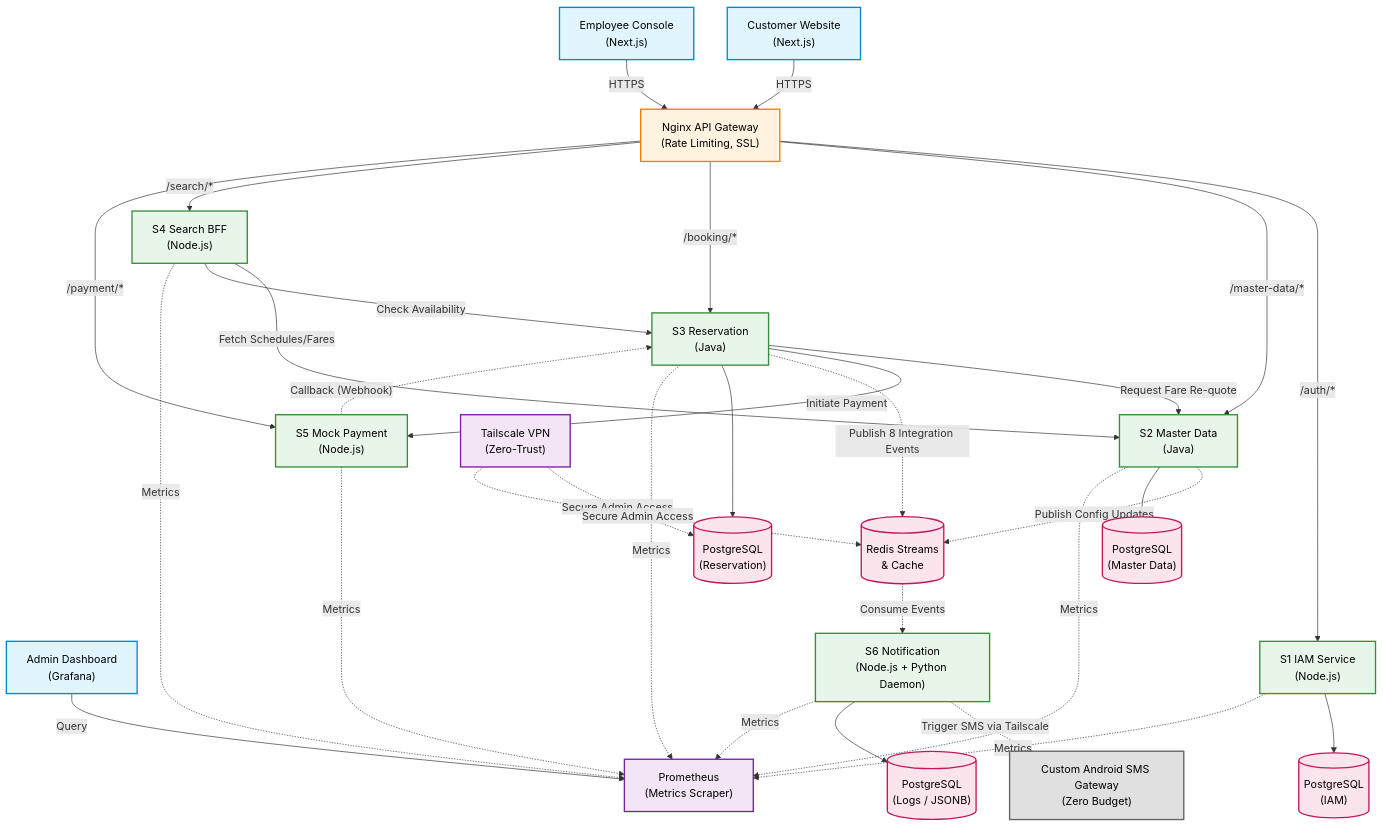
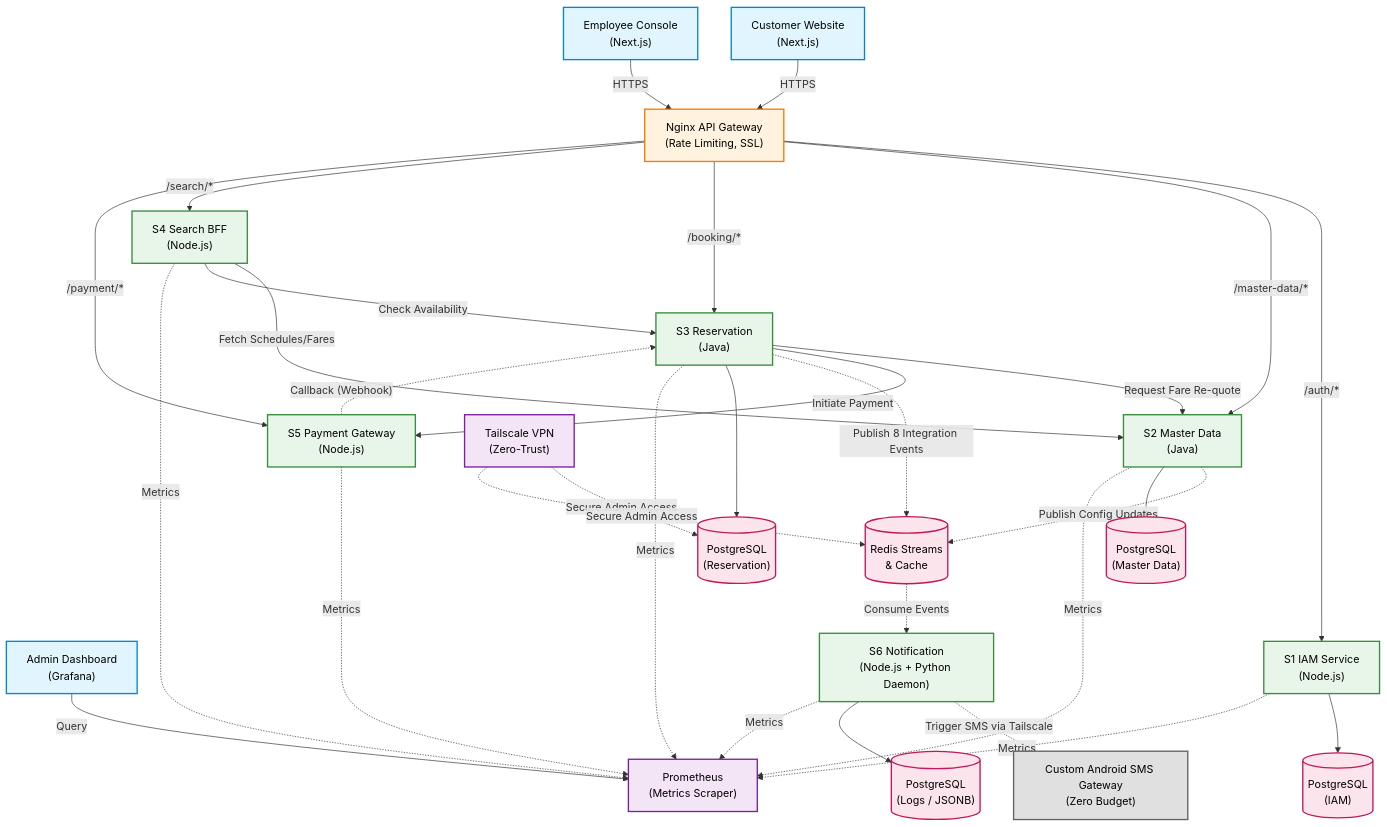
The diagram in docs/phase-1-foundation/wave-2-architecture/SRIS-P1-ARCH-008_TechnologyStackADR.md (koushaljhacs/sris), drawn with Mermaid before and after one commit. The commit also changed other lines of this file, not shown here.

````diff
--- a/docs/phase-1-foundation/wave-2-architecture/SRIS-P1-ARCH-008_TechnologyStackADR.md
+++ b/docs/phase-1-foundation/wave-2-architecture/SRIS-P1-ARCH-008_TechnologyStackADR.md
@@ -226,55 +226,55 @@
 ```mermaid
 flowchart TD
     %% Styling for high visibility on dark/light screens
     classDef client fill:#e1f5fe,stroke:#0288d1,stroke-width:2px,color:#000;
     classDef gateway fill:#fff3e0,stroke:#f57c00,stroke-width:2px,color:#000;
     classDef backend fill:#e8f5e9,stroke:#388e3c,stroke-width:2px,color:#000;
     classDef database fill:#fce4ec,stroke:#c2185b,stroke-width:2px,color:#000;
     classDef infra fill:#f3e5f5,stroke:#7b1fa2,stroke-width:2px,color:#000;
     classDef external fill:#e0e0e0,stroke:#616161,stroke-width:2px,color:#000;
 
     %% Clients
     Customer["Customer Website<br/>(Next.js)"]:::client --> |HTTPS| Nginx["Nginx API Gateway<br/>(Rate Limiting, SSL)"]:::gateway
     Employee["Employee Console<br/>(Next.js)"]:::client --> |HTTPS| Nginx
     Admin["Admin Dashboard<br/>(Grafana)"]:::client --> |Query| Prometheus["Prometheus<br/>(Metrics Scraper)"]:::infra
 
     %% Gateway to Services
     Nginx --> |"/auth/*"| S1["S1 IAM Service<br/>(Node.js)"]:::backend
     Nginx --> |"/master-data/*"| S2["S2 Master Data<br/>(Java)"]:::backend
     Nginx --> |"/booking/*"| S3["S3 Reservation<br/>(Java)"]:::backend
     Nginx --> |"/search/*"| S4["S4 Search BFF<br/>(Node.js)"]:::backend
-    Nginx --> |"/payment/*"| S5["S5 Mock Payment<br/>(Node.js)"]:::backend
+    Nginx --> |"/payment/*"| S5["S5 Payment Gateway<br/>(Node.js)"]:::backend
 
     %% Synchronous Service-to-Service Communication
     S4 --> |"Fetch Schedules/Fares"| S2
     S4 --> |"Check Availability"| S3
     S3 --> |"Request Fare Re-quote"| S2
     S3 --> |"Initiate Payment"| S5
     S5 -.-> |"Callback (Webhook)"| S3
 
     %% Asynchronous Events (Redis Streams)
     S3 -.-> |"Publish 8 Integration Events"| Redis[("Redis Streams<br/>& Cache")]:::database
     S2 -.-> |"Publish Config Updates"| Redis
     Redis -.-> |"Consume Events"| S6["S6 Notification<br/>(Node.js + Python Daemon)"]:::backend
 
     %% External SMS Gateway
     S6 -.-> |"Trigger SMS via Tailscale"| SMS["Custom Android SMS Gateway<br/>(Zero Budget)"]:::external
 
     %% Databases (Own Your Data)
     S1 --> DB_IAM[("PostgreSQL<br/>(IAM)")]:::database
     S2 --> DB_MD[("PostgreSQL<br/>(Master Data)")]:::database
     S3 --> DB_RES[("PostgreSQL<br/>(Reservation)")]:::database
     S6 --> DB_LOG[("PostgreSQL<br/>(Logs / JSONB)")]:::database
     
     %% Metrics Collection
     S1 -.-> |"Metrics"| Prometheus
     S2 -.-> |"Metrics"| Prometheus
     S3 -.-> |"Metrics"| Prometheus
     S4 -.-> |"Metrics"| Prometheus
     S5 -.-> |"Metrics"| Prometheus
     S6 -.-> |"Metrics"| Prometheus
 
     %% Infrastructure Security
     Tailscale["Tailscale VPN<br/>(Zero-Trust)"]:::infra -.-> |"Secure Admin Access"| DB_RES
-    Tailscale -.-> |"Secure Admin Access"| Redis   
+    Tailscale -.-> |"Secure Admin Access"| Redis
    ```
````
